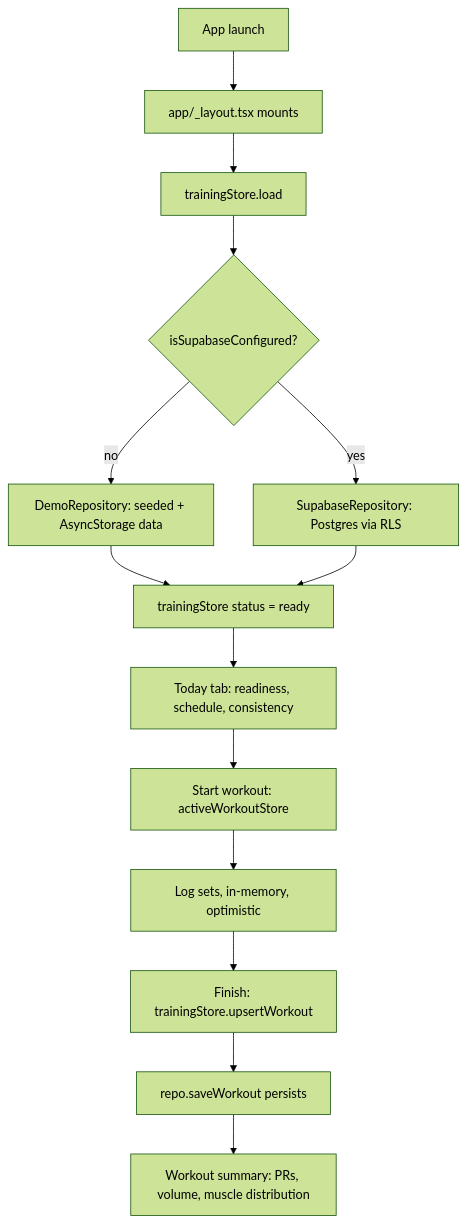
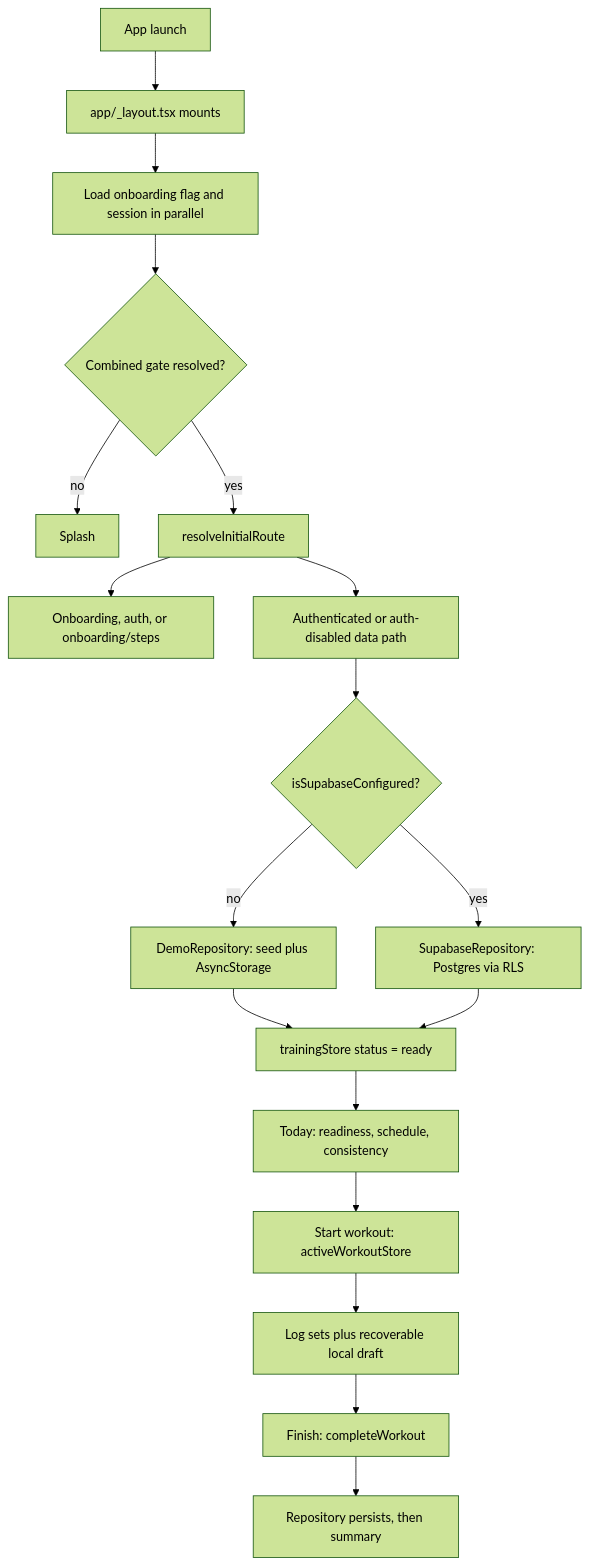
The diagram in Docs/architecture.md (brendantr/prism), drawn with Mermaid (forest theme) before and after one commit. The commit also changed other lines of this file and 17 other files, not shown here.

````diff
--- a/Docs/architecture.md
+++ b/Docs/architecture.md
@@ -332,16 +398,20 @@
 ```mermaid
 flowchart TD
     A[App launch] --> B[app/_layout.tsx mounts]
-    B --> C[trainingStore.load]
-    C --> D{isSupabaseConfigured?}
-    D -- no --> E[DemoRepository: seeded + AsyncStorage data]
-    D -- yes --> F[SupabaseRepository: Postgres via RLS]
-    E --> G[trainingStore status = ready]
-    F --> G
-    G --> H[Today tab: readiness, schedule, consistency]
-    H --> I[Start workout: activeWorkoutStore]
-    I --> J[Log sets, in-memory, optimistic]
-    J --> K[Finish: trainingStore.upsertWorkout]
-    K --> L[repo.saveWorkout persists]
-    L --> M[Workout summary: PRs, volume, muscle distribution]
+    B --> C[Load onboarding flag and session in parallel]
+    C --> D{Combined gate resolved?}
+    D -- no --> E[Splash]
+    D -- yes --> F[resolveInitialRoute]
+    F --> G[Onboarding, auth, or onboarding/steps]
+    F --> H[Authenticated or auth-disabled data path]
+    H --> I{isSupabaseConfigured?}
+    I -- no --> J[DemoRepository: seed plus AsyncStorage]
+    I -- yes --> K[SupabaseRepository: Postgres via RLS]
+    J --> L[trainingStore status = ready]
+    K --> L
+    L --> M[Today: readiness, schedule, consistency]
+    M --> N[Start workout: activeWorkoutStore]
+    N --> O[Log sets plus recoverable local draft]
+    O --> P[Finish: completeWorkout]
+    P --> Q[Repository persists, then summary]
 ```
````
